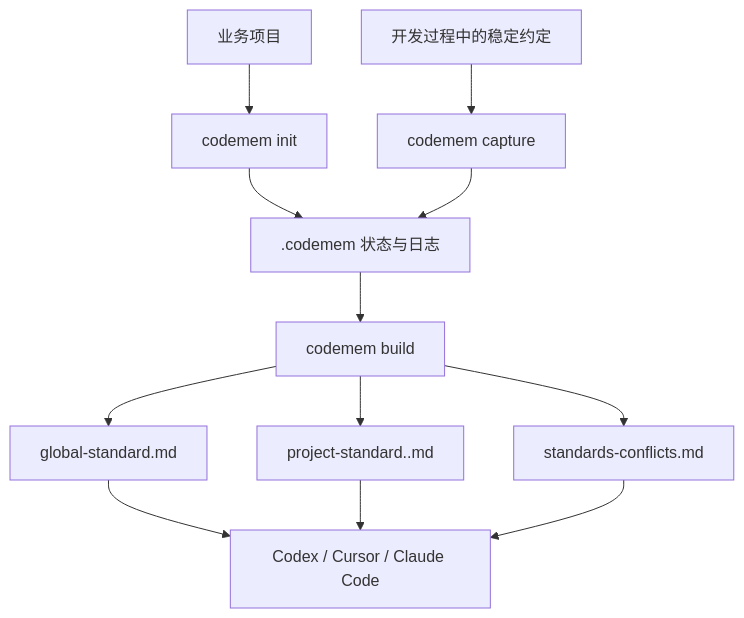
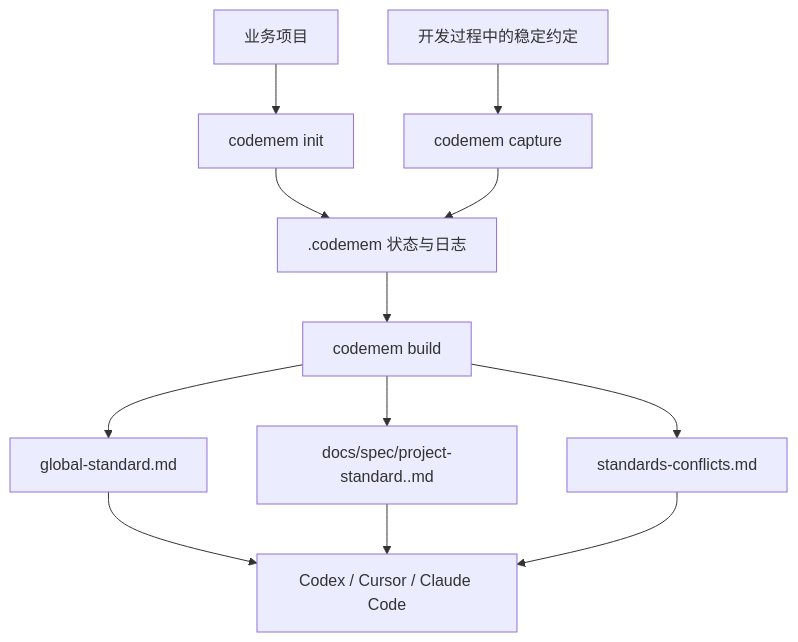
The diagram in docs/SHARE.md (fzf926/codemem), drawn with Mermaid before and after one commit. The commit also changed other lines of this file and 10 other files, not shown here.

Commit message:
Change default project standard path

````diff
--- a/docs/SHARE.md
+++ b/docs/SHARE.md
@@ -26,14 +26,14 @@
 ```mermaid
 flowchart TD
   A["业务项目"] --> B["codemem init"]
   B --> C[".codemem 状态与日志"]
   D["开发过程中的稳定约定"] --> E["codemem capture"]
   E --> C
   C --> F["codemem build"]
   F --> G["global-standard.md"]
-  F --> H["project-standard.<project>.md"]
+  F --> H["docs/spec/project-standard.<project>.md"]
   F --> I["standards-conflicts.md"]
   G --> J["Codex / Cursor / Claude Code"]
   H --> J
   I --> J
 ```
````
